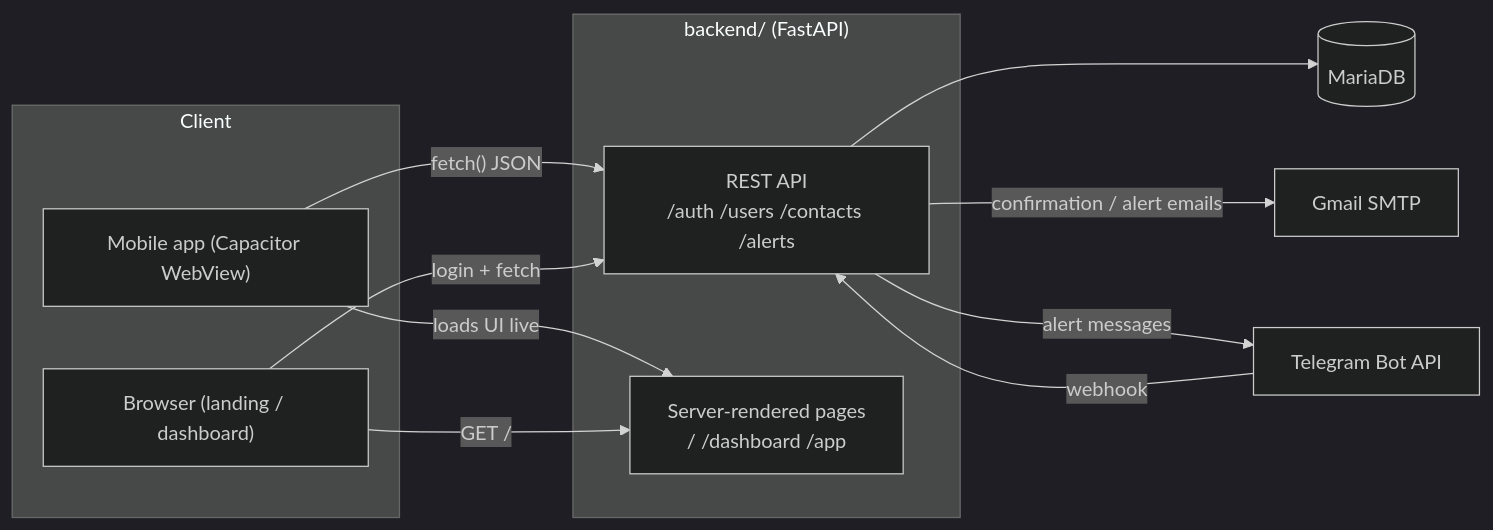
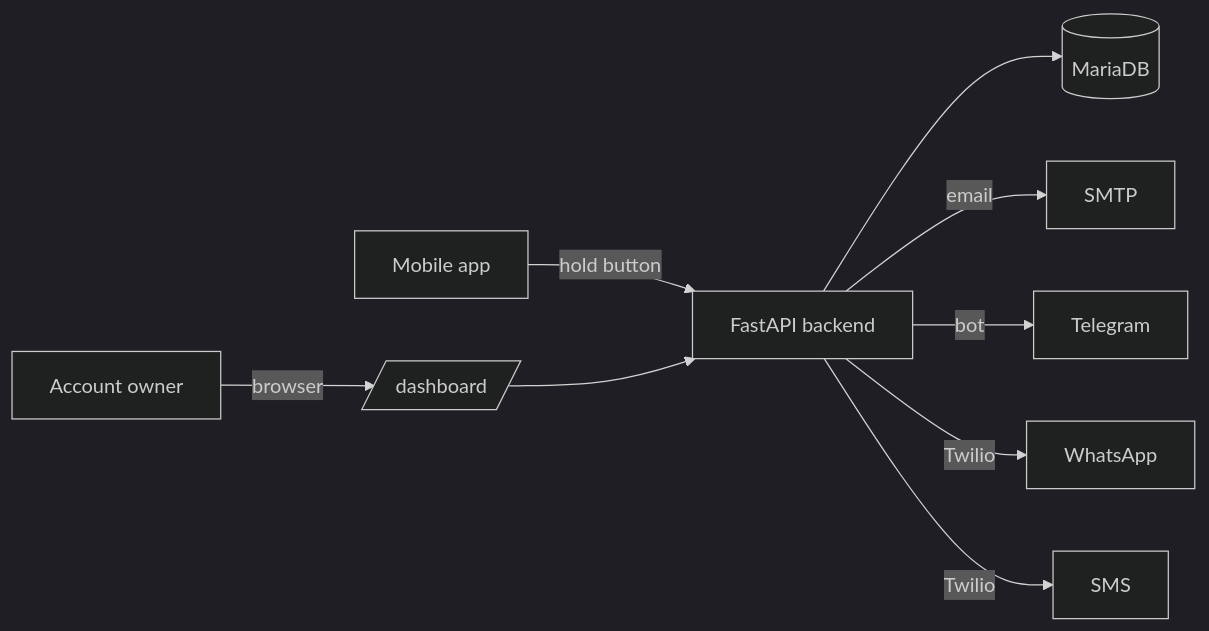
Before and after one commit to skellent/iOS-compiler: the diagram in docs/en/README.md, drawn with Mermaid (dark theme). The commit also changed other lines of this file and 25 other files, not shown here.

````diff
--- a/docs/en/README.md
+++ b/docs/en/README.md
@@ -9,25 +32,11 @@
 ```mermaid
 flowchart LR
-    subgraph Client
-        App["Mobile app (Capacitor WebView)"]
-        Browser["Browser (landing / dashboard)"]
-    end
-
-    subgraph Server["backend/ (FastAPI)"]
-        API["REST API\n/auth /users /contacts /alerts"]
-        Web["Server-rendered pages\n/ /dashboard /app"]
-    end
-
-    DB[(MariaDB)]
-    SMTP["Gmail SMTP"]
-    TG["Telegram Bot API"]
-
-    App -- "fetch() JSON" --> API
-    App -- "loads UI live" --> Web
-    Browser -- "GET /" --> Web
-    Browser -- "login + fetch" --> API
-    API --> DB
-    API -- "confirmation / alert emails" --> SMTP
-    API -- "alert messages" --> TG
-    TG -- "webhook" --> API
+    App[Mobile app] -- "hold button" --> API[FastAPI backend]
+    API --> DB[(MariaDB)]
+    API -- email --> Email[SMTP]
+    API -- bot --> TG[Telegram]
+    API -- Twilio --> WA[WhatsApp]
+    API -- Twilio --> SMS[SMS]
+    Owner[Account owner] -- browser --> Dash[/dashboard/]
+    Dash --> API
 ```
````
